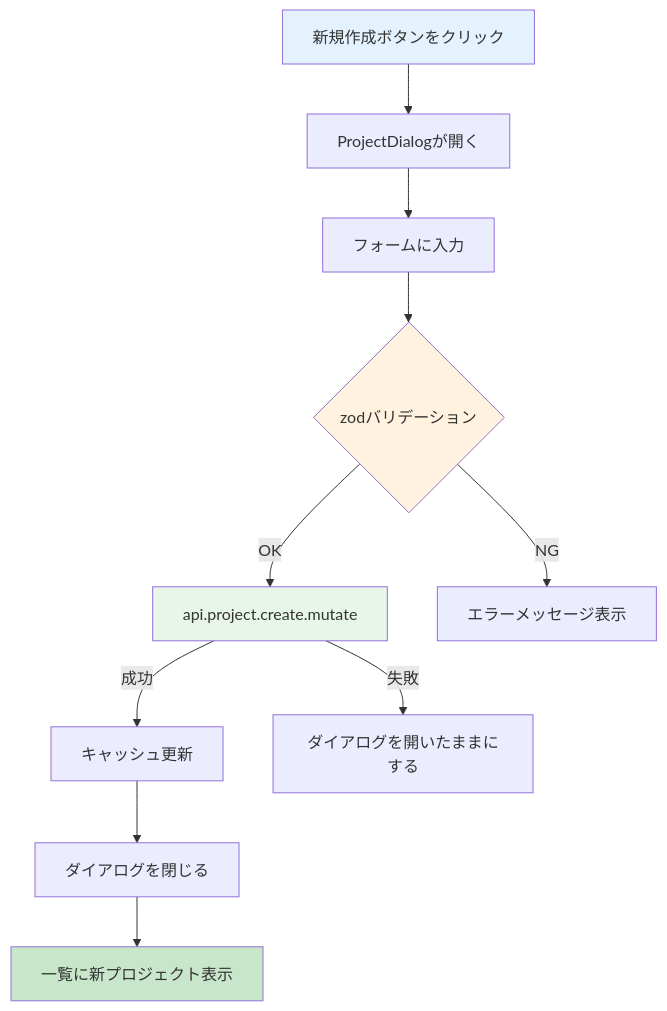
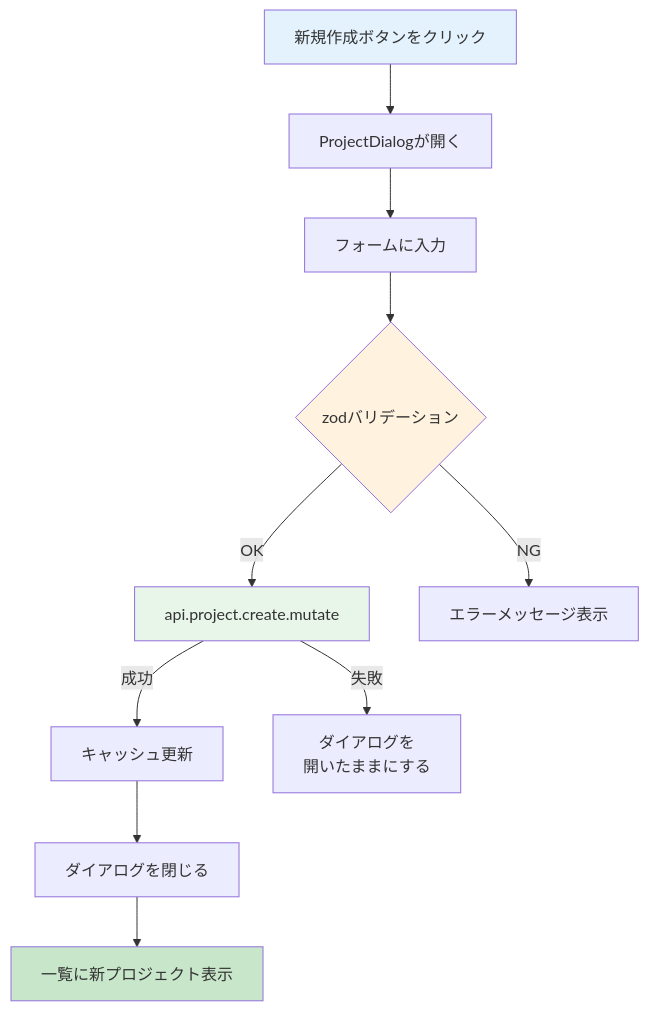
The first of 2 diagrams in material/30days-curriculum/day10_プロジェクト新規作成.md (kouiso/task-app), drawn with Mermaid before and after one commit. The commit also changed 24 other files, not shown here.

First line of the commit message:
fix(material): Mermaid 図のファイル名キャプションとノード途中折れを直す (#457) (#718)

````diff
--- a/material/30days-curriculum/day10_プロジェクト新規作成.md
+++ b/material/30days-curriculum/day10_プロジェクト新規作成.md
@@ -27,17 +27,17 @@
 ```mermaid
 flowchart TD
     A[新規作成ボタンをクリック] --> B[ProjectDialogが開く]
     B --> C[フォームに入力]
     C --> D{zodバリデーション}
     D -->|OK| E[api.project.create.mutate]
     D -->|NG| F[エラーメッセージ表示]
     E -->|成功| G[キャッシュ更新]
-    E -->|失敗| J[ダイアログを開いたままにする]
+    E -->|失敗| J[ダイアログを<br/>開いたままにする]
     G --> H[ダイアログを閉じる]
     H --> I[一覧に新プロジェクト表示]
 
     style A fill:#e3f2fd
     style D fill:#fff3e0
     style E fill:#e8f5e9
     style I fill:#c8e6c9
 ```
````
